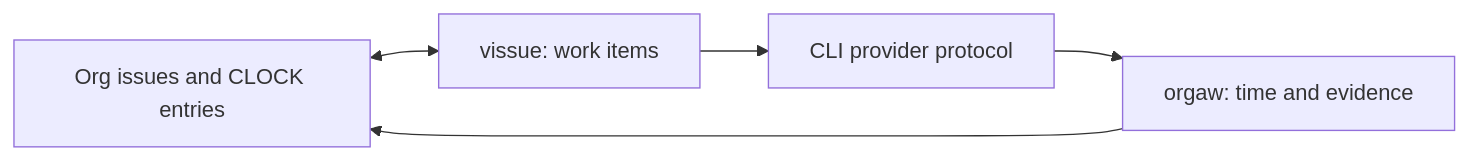
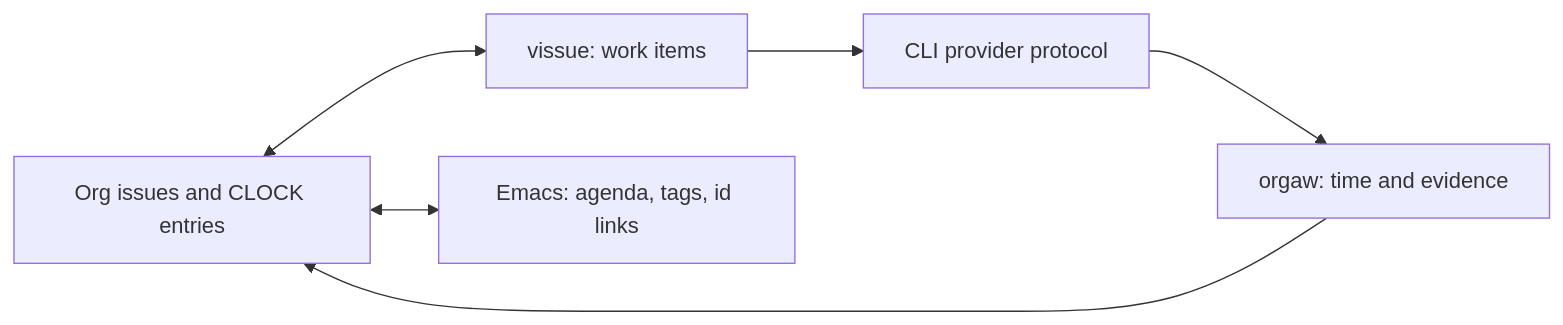
One commit to HaoZeke/vissue changed the second of 2 diagrams in README.md. Above: the diagram before and after it, drawn with Mermaid. The commit also changed other lines of this file and 1 other file, not shown here.

First line of the commit message:
docs: name Emacs as a client of the corpus

````diff
--- a/README.md
+++ b/README.md
@@ -557,10 +557,12 @@
 ```mermaid
 flowchart LR
     corpus["Org issues and CLOCK entries"]
     vissue["vissue: work items"]
     protocol["CLI provider protocol"]
     orgaw["orgaw: time and evidence"]
+    emacs["Emacs: agenda, tags, id links"]
     corpus <--> vissue
+    corpus <--> emacs
     vissue --> protocol --> orgaw
     orgaw --> corpus
 ```
````
